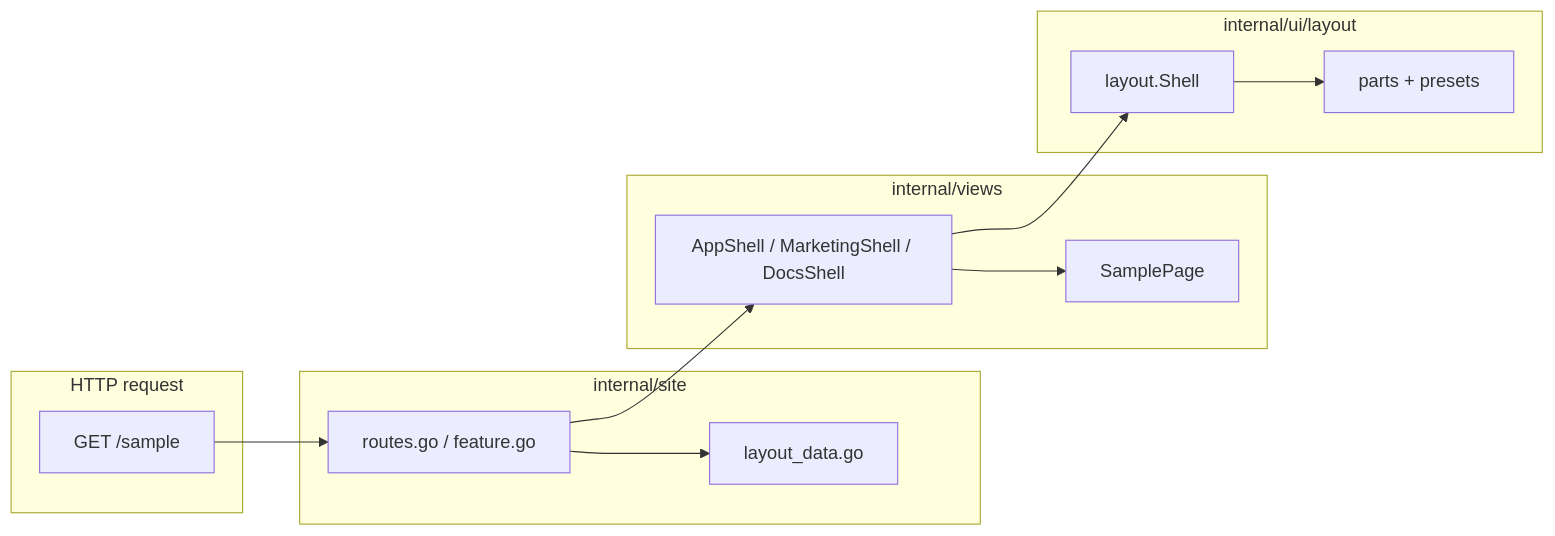
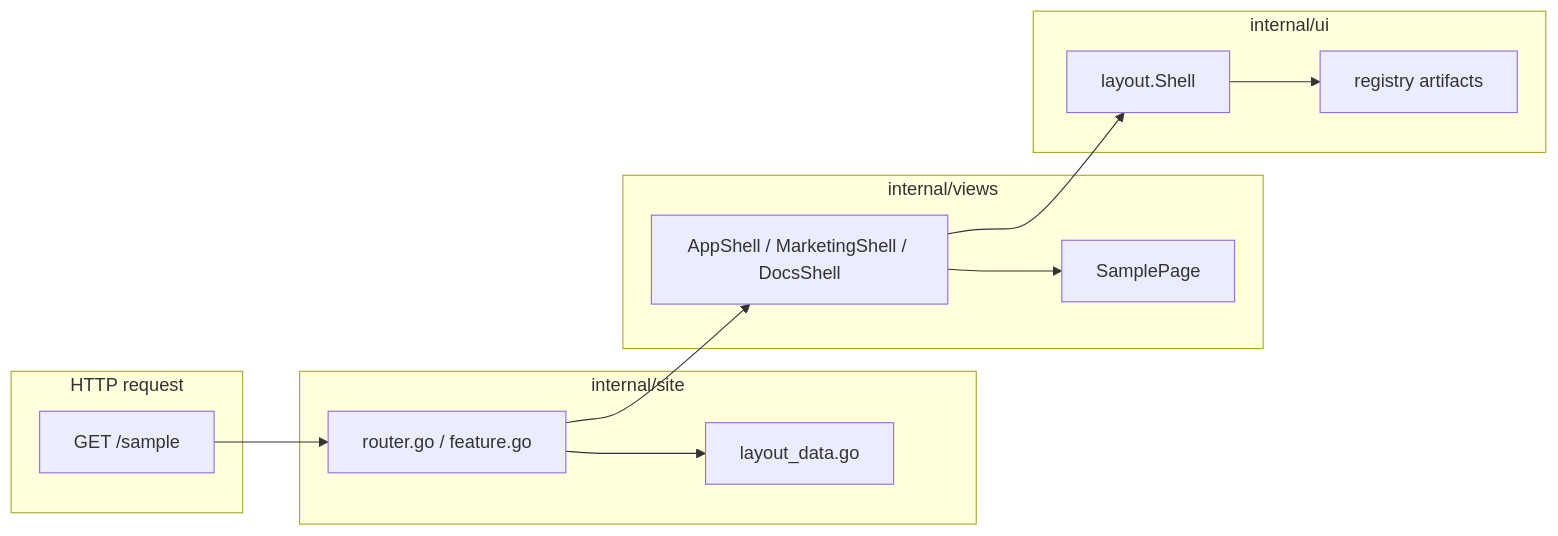
One commit to fastygo/blank changed the diagram in .project/specs/next-shadcn-architecture.md. Above: the diagram before and after it, drawn with Mermaid. The commit also changed other lines of this file and 7 other files, not shown here.

````diff
--- a/.project/specs/next-shadcn-architecture.md
+++ b/.project/specs/next-shadcn-architecture.md
@@ -66,28 +66,28 @@
 ```mermaid
 flowchart LR
   subgraph request [HTTP request]
     R["GET /sample"]
   end
 
   subgraph site [internal/site]
-    RF["routes.go / feature.go"]
+    RF["router.go / feature.go"]
     LD["layout_data.go"]
   end
 
   subgraph views [internal/views]
     RS["AppShell / MarketingShell / DocsShell"]
     PG["SamplePage"]
   end
 
-  subgraph chrome [internal/ui/layout]
+  subgraph chrome [internal/ui]
     DS["layout.Shell"]
-    LP["parts + presets"]
+    LP["registry artifacts"]
   end
 
   R --> RF
   RF --> LD
   RF --> RS
   RS --> DS
   DS --> LP
   RS --> PG
 ```
````
